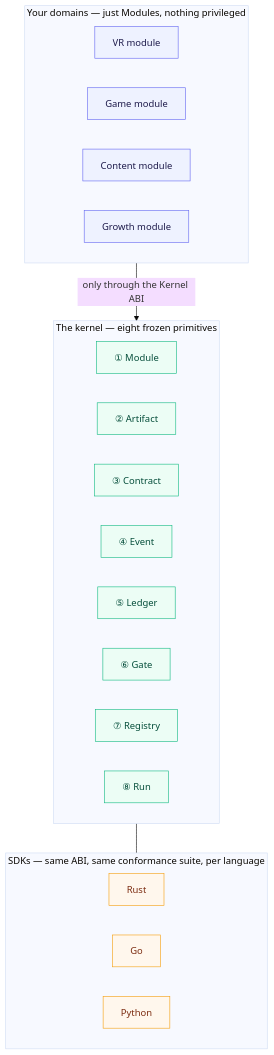
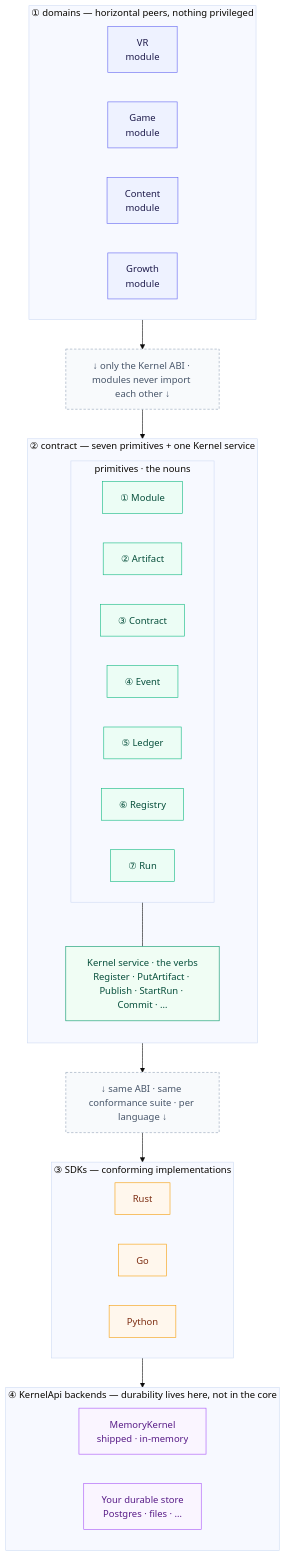
One commit to philcantcode/srcport-substrate changed the first of 8 diagrams in README.md. Above: the diagram before and after it, drawn with Mermaid (base theme). The commit also changed other lines of this file and 28 other files, not shown here.

````diff
--- a/README.md
+++ b/README.md
@@ -22,39 +30,58 @@
 ```mermaid
 flowchart TB
-    subgraph Domain["Your domains — just Modules, nothing privileged"]
+    subgraph L1["① domains — horizontal peers, nothing privileged"]
         direction LR
-        M1["VR module"]
-        M2["Game module"]
-        M3["Content module"]
-        M4["Growth module"]
+        M1["VR<br/>module"]
+        M2["Game<br/>module"]
+        M3["Content<br/>module"]
+        M4["Growth<br/>module"]
     end
 
-    subgraph Kernel["The kernel — eight frozen primitives"]
-        direction LR
-        P1["① Module"]
-        P2["② Artifact"]
-        P3["③ Contract"]
-        P4["④ Event"]
-        P5["⑤ Ledger"]
-        P6["⑥ Gate"]
-        P7["⑦ Registry"]
-        P8["⑧ Run"]
+    ABI["↓ only the Kernel ABI · modules never import each other ↓"]
+
+    subgraph L2["② contract — seven primitives + one Kernel service"]
+        direction TB
+        subgraph Nouns["primitives · the nouns"]
+            direction LR
+            P1["① Module"]
+            P2["② Artifact"]
+            P3["③ Contract"]
+            P4["④ Event"]
+            P5["⑤ Ledger"]
+            P6["⑥ Registry"]
+            P7["⑦ Run"]
+        end
+        Verbs["Kernel service · the verbs<br/>Register · PutArtifact · Publish · StartRun · Commit · …"]
+        Nouns --- Verbs
     end
 
-    subgraph SDKs["SDKs — same ABI, same conformance suite, per language"]
+    IMPL["↓ same ABI · same conformance suite · per language ↓"]
+
+    subgraph L3["③ SDKs — conforming implementations"]
         direction LR
         S1["Rust"]
         S2["Go"]
         S3["Python"]
     end
 
-    Domain -->|"only through the Kernel ABI"| Kernel
-    Kernel --- SDKs
+    subgraph L4["④ KernelApi backends — durability lives here, not in the core"]
+        direction LR
+        B1["MemoryKernel<br/>shipped · in-memory"]
+        B2["Your durable store<br/>Postgres · files · …"]
+    end
+
+    L1 --> ABI --> L2 --> IMPL --> L3 --> L4
 
     classDef dom fill:#eef2ff,stroke:#6366f1,stroke-width:1px,color:#1e1b4b;
     classDef ker fill:#ecfdf5,stroke:#10b981,stroke-width:1px,color:#064e3b;
+    classDef abi fill:#f0fdf4,stroke:#059669,stroke-width:1px,color:#064e3b;
     classDef sdk fill:#fff7ed,stroke:#f59e0b,stroke-width:1px,color:#7c2d12;
+    classDef back fill:#faf5ff,stroke:#a855f7,stroke-width:1px,color:#581c87;
+    classDef seam fill:#f8fafc,stroke:#94a3b8,stroke-width:1px,stroke-dasharray: 4 3,color:#475569;
     class M1,M2,M3,M4 dom;
-    class P1,P2,P3,P4,P5,P6,P7,P8 ker;
+    class P1,P2,P3,P4,P5,P6,P7 ker;
+    class Verbs abi;
     class S1,S2,S3 sdk;
+    class B1,B2 back;
+    class ABI,IMPL seam;
 ```
````
